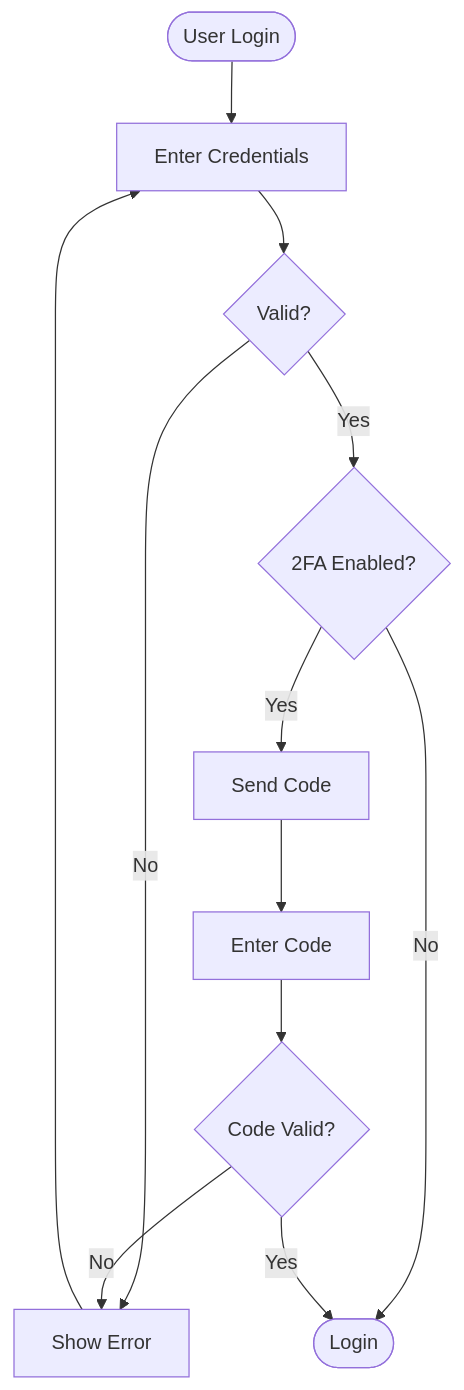
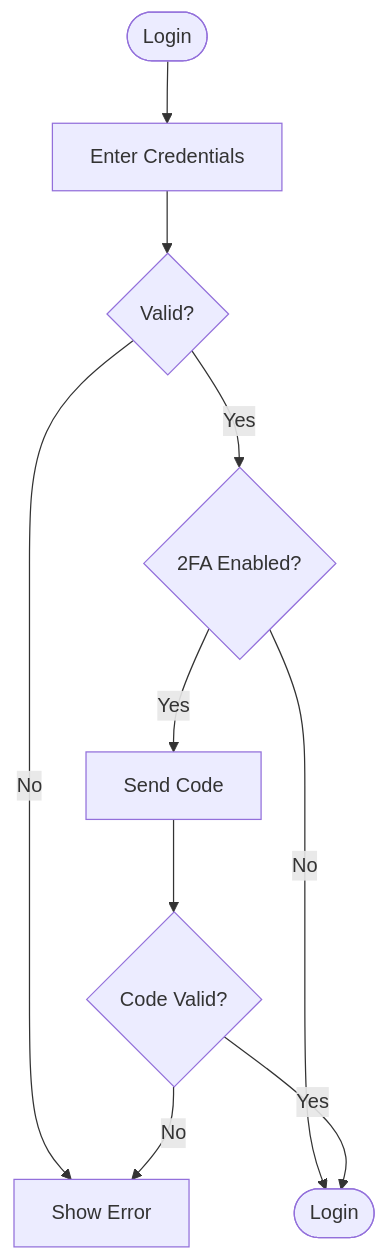
One commit to victoraraujo105/mermaid-diagram-claude-code changed the second of 3 diagrams in README.md. Above: the diagram before and after it, drawn with Mermaid. The commit also changed other lines of this file and 10 other files, not shown here.

````diff
--- a/README.md
+++ b/README.md
@@ -309,14 +134,12 @@
 ```mermaid
 flowchart TD
-    Start([User Login]) --> Creds[Enter Credentials]
-    Creds --> Validate{Valid?}
-    Validate -->|No| Error[Show Error]
-    Validate -->|Yes| Check2FA{2FA Enabled?}
+    Start([Login]) --> Creds[Enter Credentials]
+    Creds --> Valid{Valid?}
+    Valid -->|No| Error[Show Error]
+    Valid -->|Yes| Check2FA{2FA Enabled?}
     Check2FA -->|No| Success([Login])
     Check2FA -->|Yes| Send2FA[Send Code]
-    Send2FA --> Enter2FA[Enter Code]
-    Enter2FA --> Verify{Code Valid?}
+    Send2FA --> Verify{Code Valid?}
+    Verify -->|Yes| Success
     Verify -->|No| Error
-    Verify -->|Yes| Success
-    Error --> Creds
 ```
````
